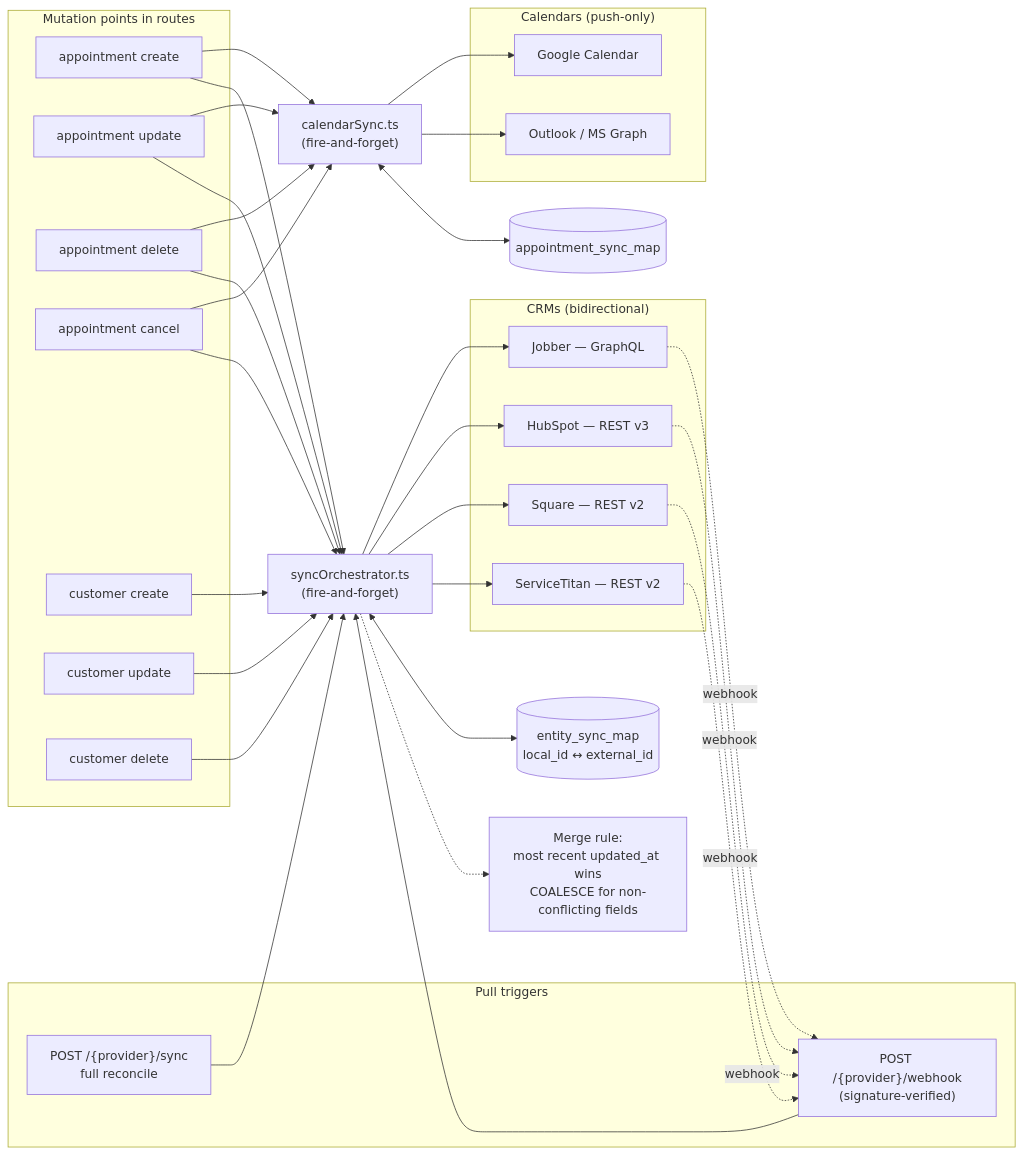
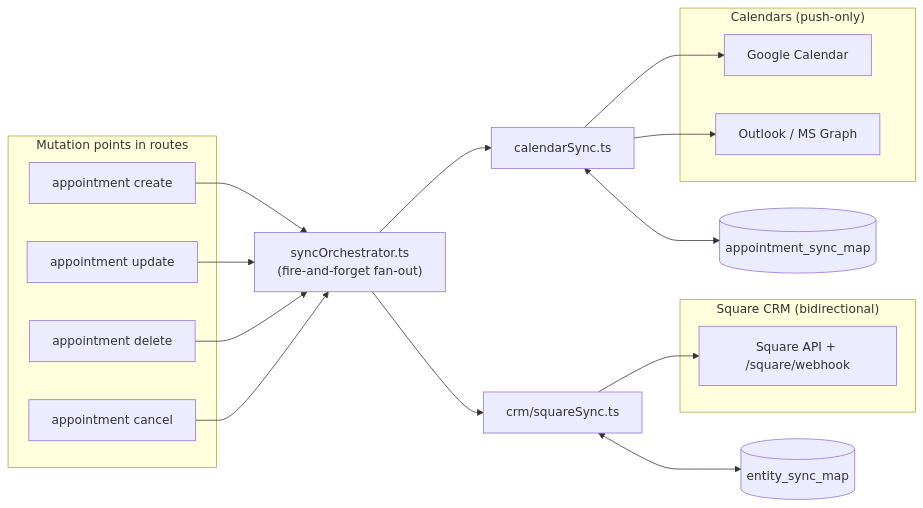
The seventh of 11 diagrams in docs/DIAGRAMS.md (ddemott/ai-sec), drawn with Mermaid before and after one commit. The commit also changed other lines of this file and 21 other files, not shown here.

First line of the commit message:
docs: purge stale CRM/phone claims, delete obsolete docs, fold TODO_GAPS into docs/TODO (#52)

````diff
--- a/docs/DIAGRAMS.md
+++ b/docs/DIAGRAMS.md
@@ -428,58 +428,38 @@
 ```mermaid
 flowchart LR
   subgraph triggers["Mutation points in routes"]
     A1[appointment create]
     A2[appointment update]
     A3[appointment delete]
     A4[appointment cancel]
-    C1[customer create]
-    C2[customer update]
-    C3[customer delete]
   end
 
-  CalSync["calendarSync.ts<br/>(fire-and-forget)"]
-  CrmSync["syncOrchestrator.ts<br/>(fire-and-forget)"]
+  Orch["syncOrchestrator.ts<br/>(fire-and-forget fan-out)"]
 
-  A1 & A2 & A3 & A4 --> CalSync
-  A1 & A2 & A3 & A4 --> CrmSync
-  C1 & C2 & C3 --> CrmSync
+  A1 & A2 & A3 & A4 --> Orch
+
+  CalSync["calendarSync.ts"]
+  SqSync["crm/squareSync.ts"]
+
+  Orch --> CalSync
+  Orch --> SqSync
 
   subgraph cal["Calendars (push-only)"]
     G[Google Calendar]
     O[Outlook / MS Graph]
   end
 
-  subgraph crm["CRMs (bidirectional)"]
-    J[Jobber — GraphQL]
-    H[HubSpot — REST v3]
-    S[Square — REST v2]
-    ST[ServiceTitan — REST v2]
+  CalSync --> G
+  CalSync --> O
+
+  subgraph crm["Square CRM (bidirectional)"]
+    SQ[Square API + /square/webhook]
   end
 
-  CalSync --> G
-  CalSync --> O
-  CrmSync --> J
-  CrmSync --> H
-  CrmSync --> S
-  CrmSync --> ST
+  SqSync --> SQ
 
-  subgraph pull["Pull triggers"]
-    WH["POST /{provider}/webhook<br/>(signature-verified)"]
-    Recon["POST /{provider}/sync<br/>full reconcile"]
-  end
-
-  J -.webhook.-> WH
-  H -.webhook.-> WH
-  S -.webhook.-> WH
-  ST -.webhook.-> WH
-  WH --> CrmSync
-  Recon --> CrmSync
-
-  ESM[("entity_sync_map<br/>local_id ↔ external_id")]
   ASM[("appointment_sync_map")]
-  CrmSync <--> ESM
+  ESM[("entity_sync_map")]
   CalSync <--> ASM
-
-  Merge["Merge rule:<br/>most recent updated_at wins<br/>COALESCE for non-conflicting fields"]
-  CrmSync -.-> Merge
+  SqSync <--> ESM
 ```
````
